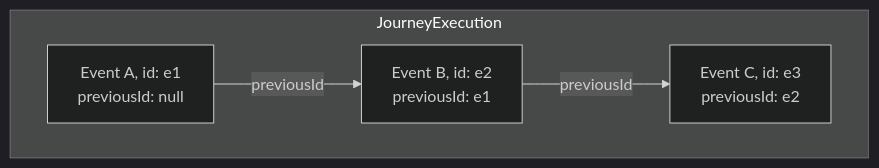
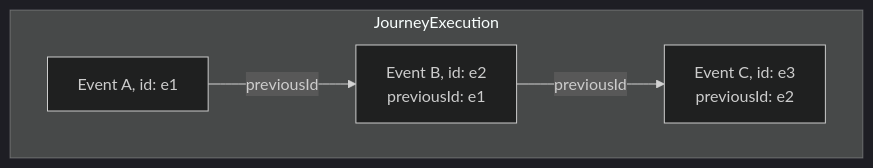
The diagram in specs/ed/runtime/index.md (openuji/spec-ujg), drawn with Mermaid (dark theme) before and after one commit. The commit also changed other lines of this file and 29 other files, not shown here.

````diff
--- a/specs/ed/runtime/index.md
+++ b/specs/ed/runtime/index.md
@@ -17,11 +27,11 @@
 ```mermaid
 graph LR
   subgraph Execution [JourneyExecution]
     direction LR
-    E1[Event A, id: e1<br/>previousId: null]
+    E1[Event A, id: e1]
     E2[Event B, id: e2<br/>previousId: e1]
     E3[Event C, id: e3<br/>previousId: e2]
     E1 -->|previousId| E2
     E2 -->|previousId| E3
   end
 ```
````
